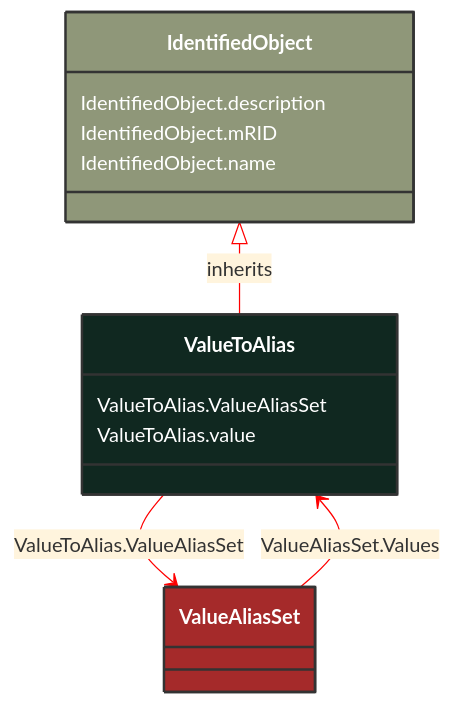
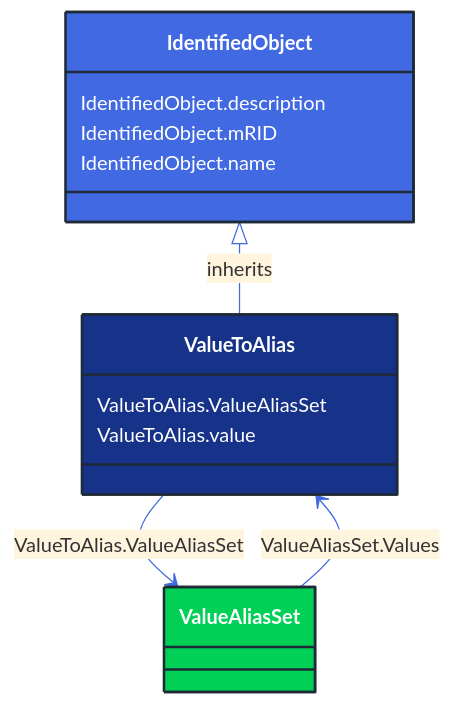
The diagram in docs/Models/Profiles/Operation/ConcreteClasses/ValueToAlias.md (3lbits/NoCIMExtensions), drawn with Mermaid before and after one commit. The commit also changed 362 other files, not shown here.

First line of the commit message:
Update diagrams and styles for improved visual consistency

````diff
--- a/docs/Models/Profiles/Operation/ConcreteClasses/ValueToAlias.md
+++ b/docs/Models/Profiles/Operation/ConcreteClasses/ValueToAlias.md
@@ -8,30 +8,30 @@
 ```mermaid
-%%{init: {'theme':'base','themeVariables': {'lineColor': '#FF0000'}}}%%
+%%{init: {'theme':'base','themeVariables': {'lineColor': '#4169E1'}}}%%
 classDiagram
     class ValueToAlias
     click ValueToAlias href "/Models/Profiles/Operation/ConcreteClasses/ValueToAlias/"
-    style ValueToAlias fill:#102820,stroke:#333,stroke-width:2px,rx:10,ry:10,color:white
+    style ValueToAlias fill:#163289,stroke:#1F2A37,stroke-width:2px,rx:10,ry:10,color:white
      
         IdentifiedObject <|-- ValueToAlias : inherits
             click IdentifiedObject href "/Models/Profiles/Operation/AbstractClasses/IdentifiedObject/"
-            style IdentifiedObject fill:#8F9779,stroke:#333,stroke-width:2px,rx:10,ry:10,color:white
+            style IdentifiedObject fill:#4169E1,stroke:#1F2A37,stroke-width:2px,rx:10,ry:10,color:white
 
         ValueToAlias --> ValueAliasSet : ValueToAlias.ValueAliasSet
 
         ValueAliasSet
             click ValueAliasSet href "/Models/Profiles/Operation/ConcreteClasses/ValueAliasSet/"
-            style ValueAliasSet fill:#A52A2A,stroke:#333,stroke-width:2px,rx:10,ry:10,color:white
+            style ValueAliasSet fill:#00D156,stroke:#1F2A37,stroke-width:2px,rx:10,ry:10,color:white
 
         ValueAliasSet --> ValueToAlias : ValueAliasSet.Values
 
         ValueAliasSet
             click ValueAliasSet href "/Models/Profiles/Operation/ConcreteClasses/ValueAliasSet/"
-            style ValueAliasSet fill:#A52A2A,stroke:#333,stroke-width:2px,rx:10,ry:10,color:white
+            style ValueAliasSet fill:#00D156,stroke:#1F2A37,stroke-width:2px,rx:10,ry:10,color:white
 
 
         ValueToAlias : ValueToAlias.ValueAliasSet
         ValueToAlias : ValueToAlias.value
         IdentifiedObject : IdentifiedObject.description
         IdentifiedObject : IdentifiedObject.mRID
         IdentifiedObject : IdentifiedObject.name
 ```
````
